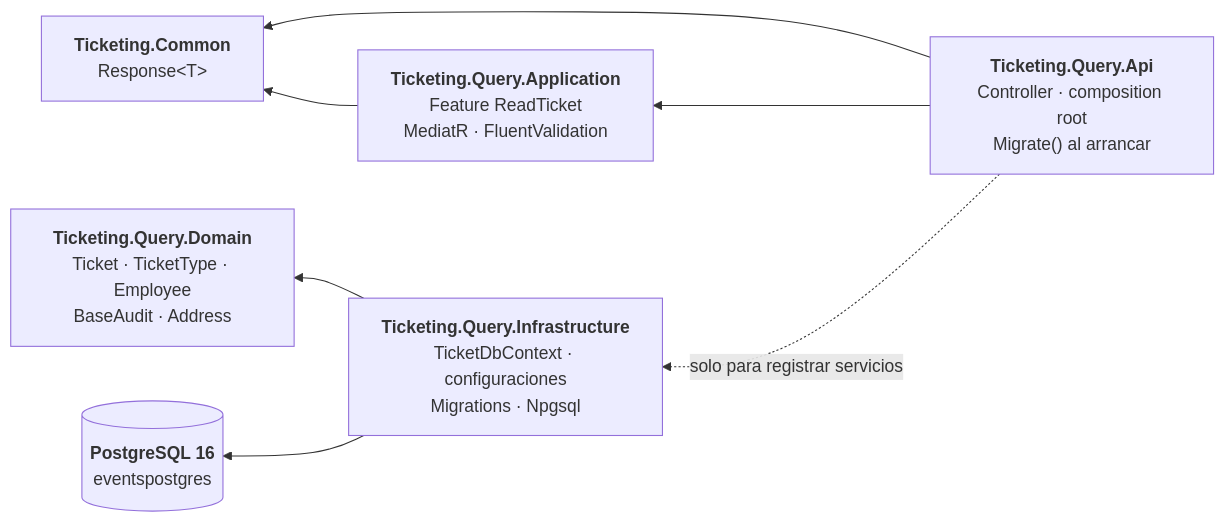
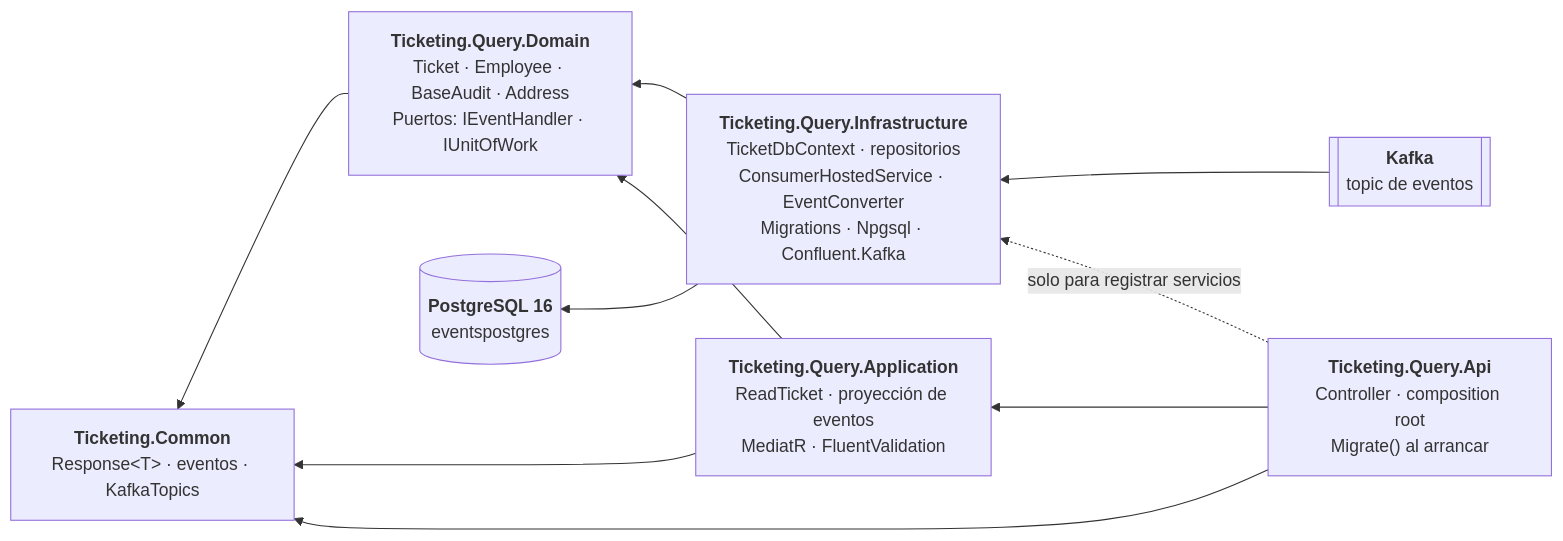
The third of 3 diagrams in Microservices-Events/README.md (rubendevvalencia/BackendPortfolio), drawn with Mermaid before and after one commit. The commit also changed other lines of this file and 15 other files, not shown here.

````diff
--- a/Microservices-Events/README.md
+++ b/Microservices-Events/README.md
@@ -113,16 +114,20 @@
 ```mermaid
 flowchart RL
     API["<b>Ticketing.Query.Api</b><br/>Controller · composition root<br/>Migrate() al arrancar"]
-    APP["<b>Ticketing.Query.Application</b><br/>Feature ReadTicket<br/>MediatR · FluentValidation"]
-    DOM["<b>Ticketing.Query.Domain</b><br/>Ticket · TicketType · Employee<br/>BaseAudit · Address"]
-    INF["<b>Ticketing.Query.Infrastructure</b><br/>TicketDbContext · configuraciones<br/>Migrations · Npgsql"]
-    COM["<b>Ticketing.Common</b><br/>Response&lt;T&gt;"]
+    APP["<b>Ticketing.Query.Application</b><br/>ReadTicket · proyección de eventos<br/>MediatR · FluentValidation"]
+    DOM["<b>Ticketing.Query.Domain</b><br/>Ticket · Employee · BaseAudit · Address<br/>Puertos: IEventHandler · IUnitOfWork"]
+    INF["<b>Ticketing.Query.Infrastructure</b><br/>TicketDbContext · repositorios<br/>ConsumerHostedService · EventConverter<br/>Migrations · Npgsql · Confluent.Kafka"]
+    COM["<b>Ticketing.Common</b><br/>Response&lt;T&gt; · eventos · KafkaTopics"]
     PG[("<b>PostgreSQL 16</b><br/>eventspostgres")]
+    KAFKA[["<b>Kafka</b><br/>topic de eventos"]]
 
     API --> APP
     API -.->|solo para registrar servicios| INF
     API --> COM
+    APP --> DOM
     APP --> COM
     INF --> DOM
+    DOM --> COM
     INF --> PG
+    KAFKA --> INF
 ```
````
